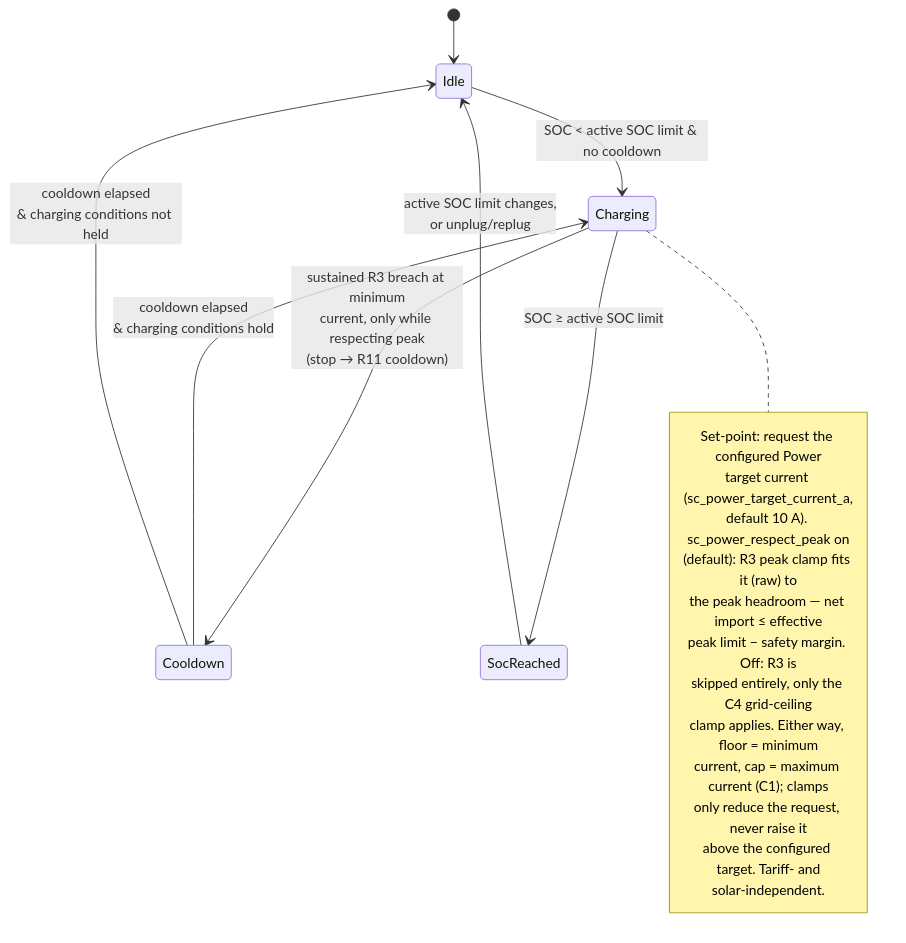
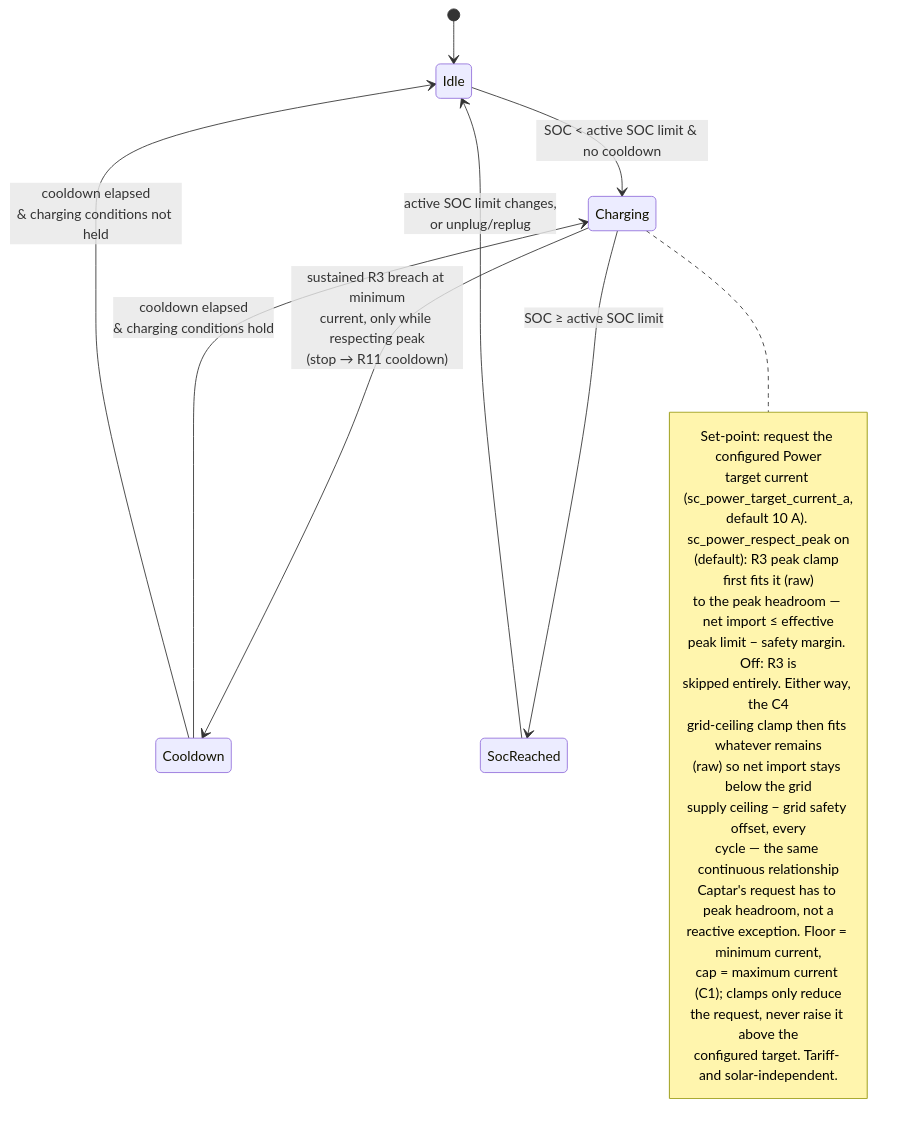
One commit to kristofdegrave/homeassistant-smart-charging changed the diagram in docs/analysis/use-cases/UC04-charge-at-a-user-set-current.md. Above: the diagram before and after it, drawn with Mermaid. The commit also changed other lines of this file, not shown here.

Commit message:
UC04: Power's grid-supply-ceiling (C4) relationship is continuous, not reactive (#216)
* docs: make Power's C4 relationship continuous, not reactive-only (UC04)

Reframes Power mode's grid-supply-ceiling (C4) clamp as a continuous,
every-cycle relationship analogous to how Captar's request tracks the
R3 peak-headroom clamp, rather than an exception-only override, and
corrects the state model/diagram to show C4 applying after R3 even
when peak protection is enabled.

Closes #214

* docs: review and refine UC04-charge-at-a-user-set-current

Addresses analysis-reviewer feedback (PR #216): drop the undefined
"grid supply ceiling headroom" term in favor of the existing glossary
phrasing (net import below grid supply ceiling minus grid safety
offset), and split dense multi-clause sentences for clarity.

Ref #214

````diff
--- a/docs/analysis/use-cases/UC04-charge-at-a-user-set-current.md
+++ b/docs/analysis/use-cases/UC04-charge-at-a-user-set-current.md
@@ -97,24 +101,28 @@
 ```mermaid
 stateDiagram-v2
     [*] --> Idle
     Idle --> Charging: SOC < active SOC limit & no cooldown
     Charging --> Cooldown: sustained R3 breach at minimum<br/>current, only while respecting peak<br/>(stop → R11 cooldown)
     Charging --> SocReached: SOC ≥ active SOC limit
     Cooldown --> Charging: cooldown elapsed<br/>& charging conditions hold
     Cooldown --> Idle: cooldown elapsed<br/>& charging conditions not held
     SocReached --> Idle: active SOC limit changes,<br/>or unplug/replug
     note right of Charging
         Set-point: request the configured Power
         target current (sc_power_target_current_a,
         default 10 A). sc_power_respect_peak on
-        (default): R3 peak clamp fits it (raw) to
-        the peak headroom — net import ≤ effective
+        (default): R3 peak clamp first fits it (raw)
+        to the peak headroom — net import ≤ effective
         peak limit − safety margin. Off: R3 is
-        skipped entirely, only the C4 grid-ceiling
-        clamp applies. Either way, floor = minimum
-        current, cap = maximum current (C1); clamps
-        only reduce the request, never raise it
-        above the configured target. Tariff- and
-        solar-independent.
+        skipped entirely. Either way, the C4
+        grid-ceiling clamp then fits whatever remains
+        (raw) so net import stays below the grid
+        supply ceiling − grid safety offset, every
+        cycle — the same continuous relationship
+        Captar's request has to peak headroom, not a
+        reactive exception. Floor = minimum current,
+        cap = maximum current (C1); clamps only reduce
+        the request, never raise it above the
+        configured target. Tariff- and solar-independent.
     end note
 ```
````
